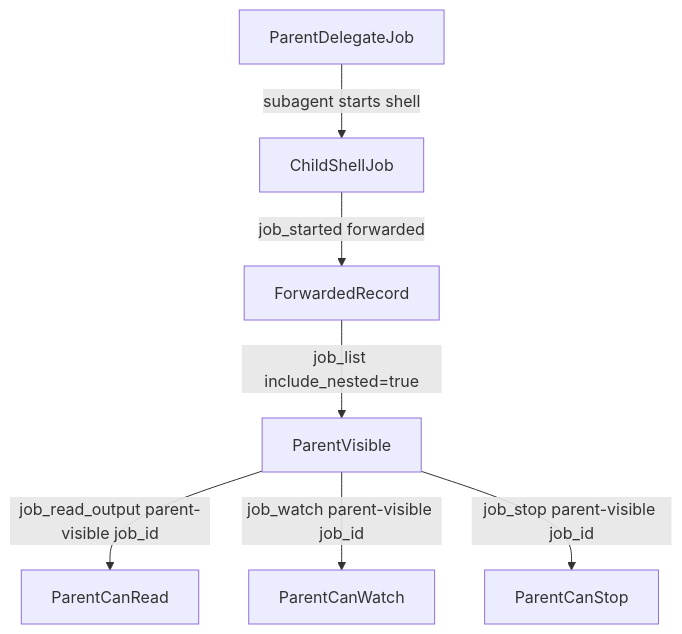
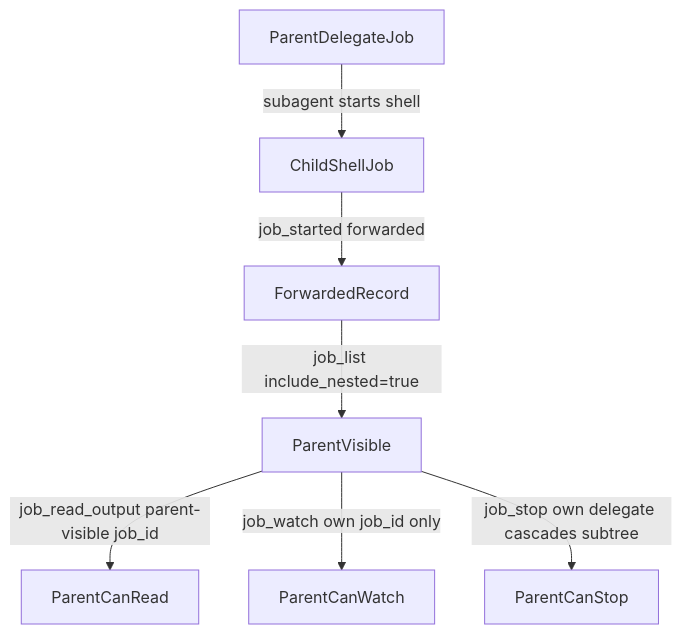
One commit to prime-radiant-inc/evener changed the seventh of 7 diagrams in docs/job-control.md. Above: the diagram before and after it, drawn with Mermaid. The commit also changed other lines of this file and 8 other files, not shown here.

Commit message:
feat(recursion): job_stop cascade, own-direct-delegate control at every level, ParentCanWatch own-jobs

````diff
--- a/docs/job-control.md
+++ b/docs/job-control.md
@@ -1100,9 +1103,9 @@
 ```mermaid
 flowchart TD
     ParentDelegateJob -->|subagent starts shell| ChildShellJob
     ChildShellJob -->|job_started forwarded| ForwardedRecord
     ForwardedRecord -->|job_list include_nested=true| ParentVisible
     ParentVisible -->|job_read_output parent-visible job_id| ParentCanRead
-    ParentVisible -->|job_watch parent-visible job_id| ParentCanWatch
-    ParentVisible -->|job_stop parent-visible job_id| ParentCanStop
+    ParentVisible -->|job_watch own job_id only| ParentCanWatch
+    ParentVisible -->|job_stop own delegate cascades subtree| ParentCanStop
 ```
````
